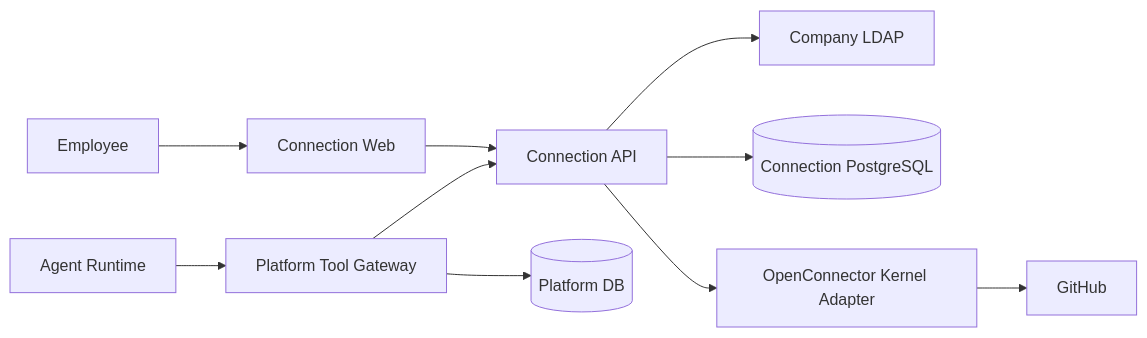
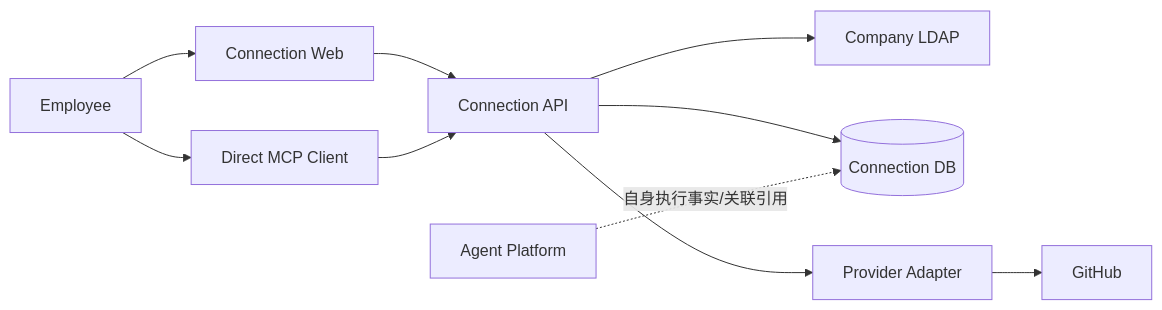
The first of 2 diagrams in docs/architecture/HLD-connection-M1.md (AgoraIO-Extensions/agent-infra), drawn with Mermaid before and after one commit. The commit also changed other lines of this file and 3 other files, not shown here.

Commit message:
docs(connection): align direct MCP authority

````diff
--- a/docs/architecture/HLD-connection-M1.md
+++ b/docs/architecture/HLD-connection-M1.md
@@ -49,13 +20,12 @@
 ```mermaid
 flowchart LR
     U[Employee] --> CW[Connection Web]
+    U --> MC[Direct MCP Client]
     CW --> CA[Connection API]
+    MC --> CA
     CA --> LDAP[Company LDAP]
-    CA --> CD[(Connection PostgreSQL)]
-    CA --> K[OpenConnector Kernel Adapter]
+    CA --> CD[(Connection DB)]
+    CA --> K[Provider Adapter]
     K --> GH[GitHub]
-
-    A[Agent Runtime] --> PTG[Platform Tool Gateway]
-    PTG --> CA
-    PTG --> PD[(Platform DB)]
+    AP[Agent Platform] -.->|自身执行事实/关联引用| CD
 ```
````
